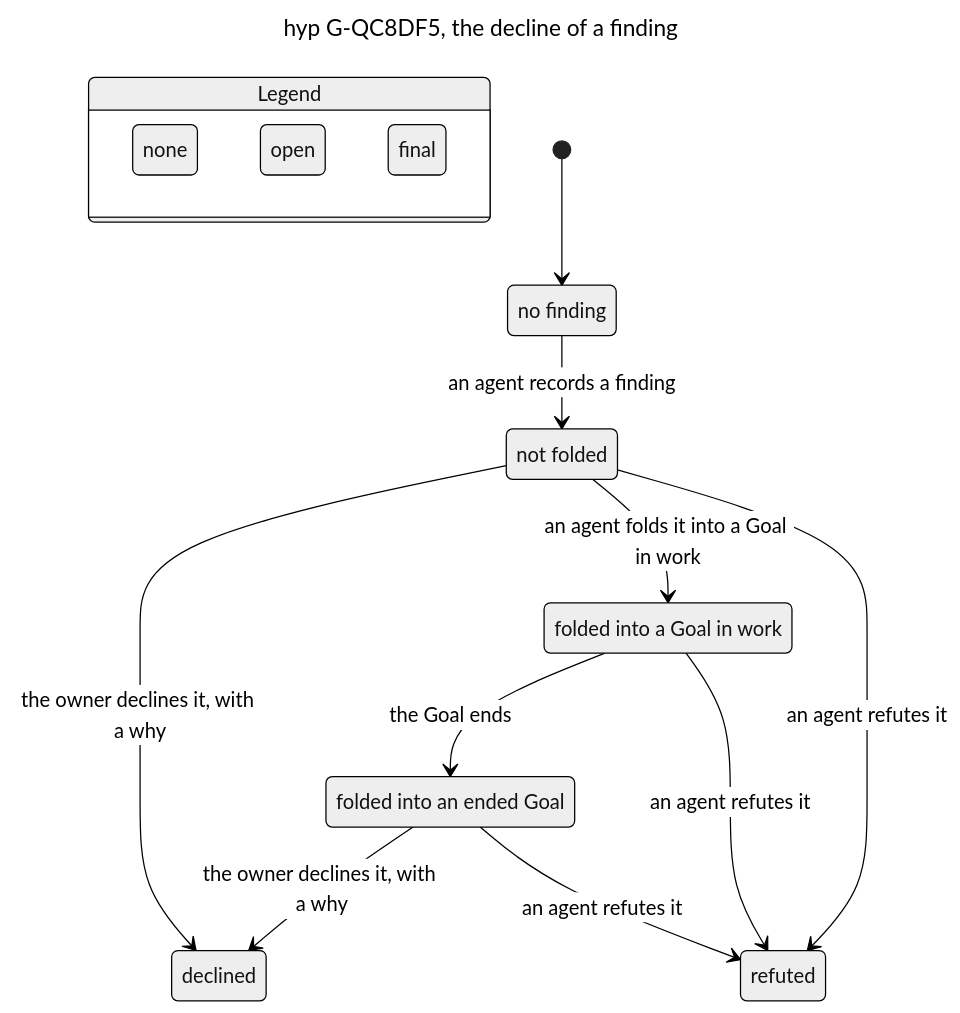
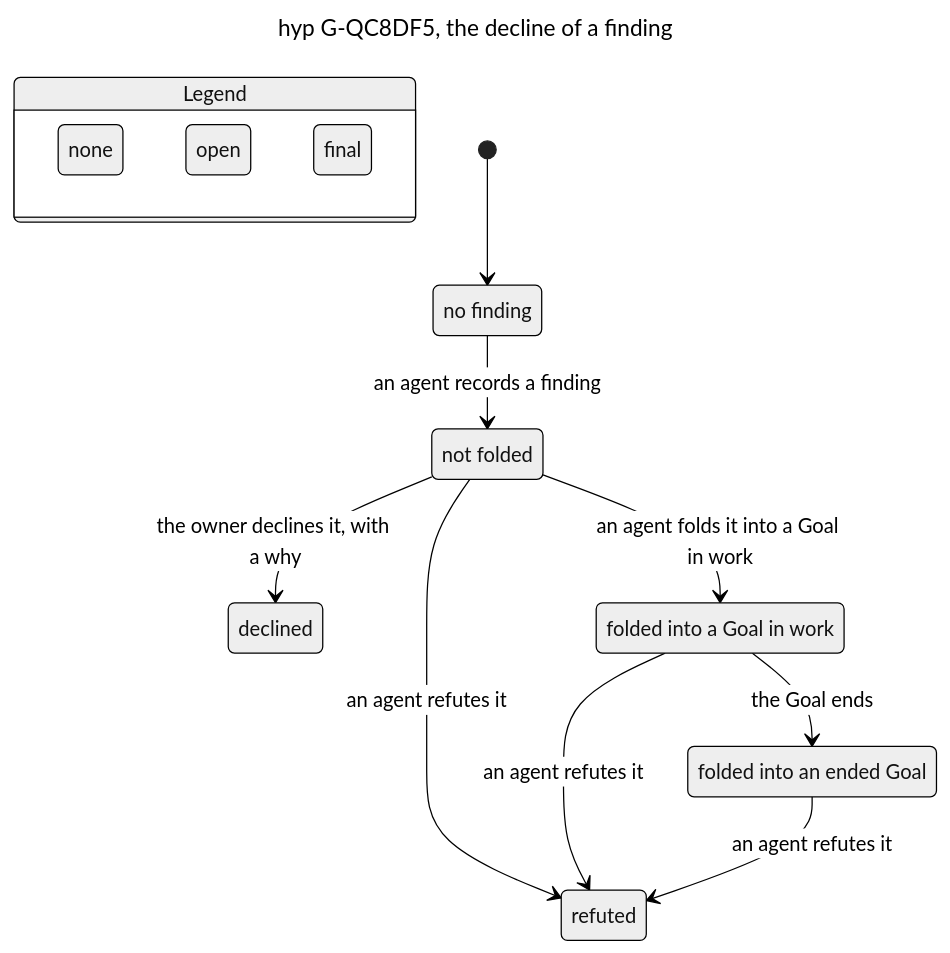
One commit to dat9uy/hyp changed the diagram in goals/G-QC8DF5/specs/chart.mmd. Above: the diagram before and after it, drawn with Mermaid (neutral theme). The commit also changed 11 other files, not shown here.

```diff
--- a/goals/G-QC8DF5/specs/chart.mmd
+++ b/goals/G-QC8DF5/specs/chart.mmd
@@ -1,33 +1,32 @@
 ---
 title: "hyp G-QC8DF5, the decline of a finding"
 ---
 stateDiagram-v2
   state "Legend" as legend {
     lg0: none
     lg1: open
     lg2: final
   }
   class lg0 blue
   class lg1 teal
   class lg2 orange
   s0: no finding
   s1: not folded
   s2: declined
   s3: folded into a Goal in work
   s4: refuted
   s5: folded into an ended Goal
   [*] --> s0
   s0 --> s1: an agent records a finding
   s1 --> s2: the owner declines it, with a why
   s1 --> s3: an agent folds it into a Goal in work
   s1 --> s4: an agent refutes it
   s3 --> s5: the Goal ends
   s3 --> s4: an agent refutes it
-  s5 --> s2: the owner declines it, with a why
   s5 --> s4: an agent refutes it
   class s0 blue
   class s1 teal
   class s2 orange
   class s3 teal
   class s4 orange
   class s5 teal
```
